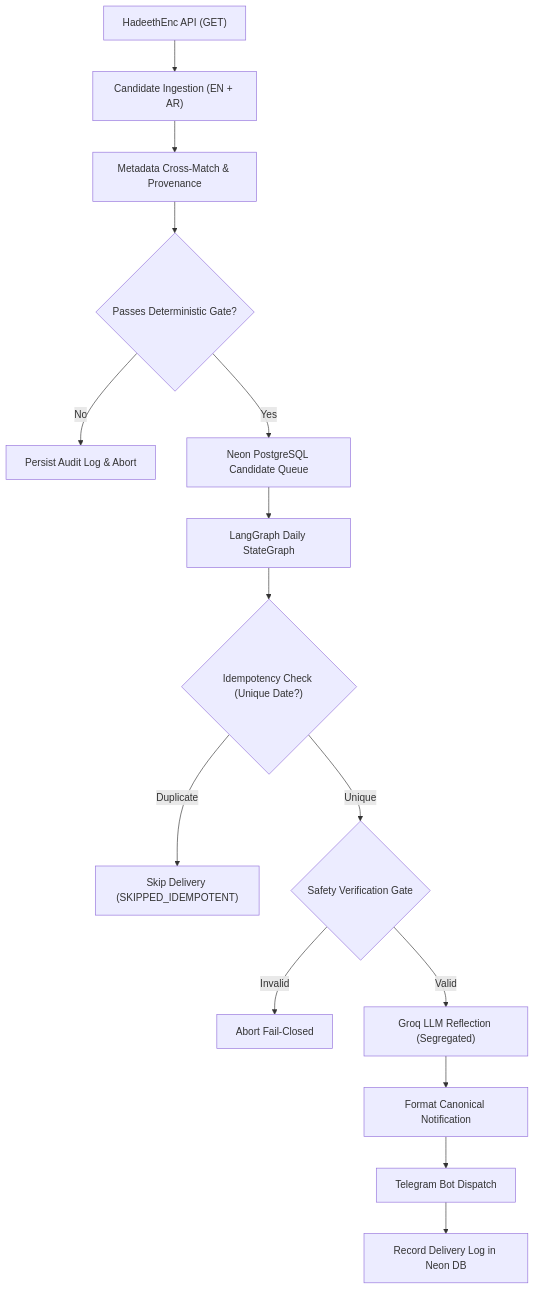
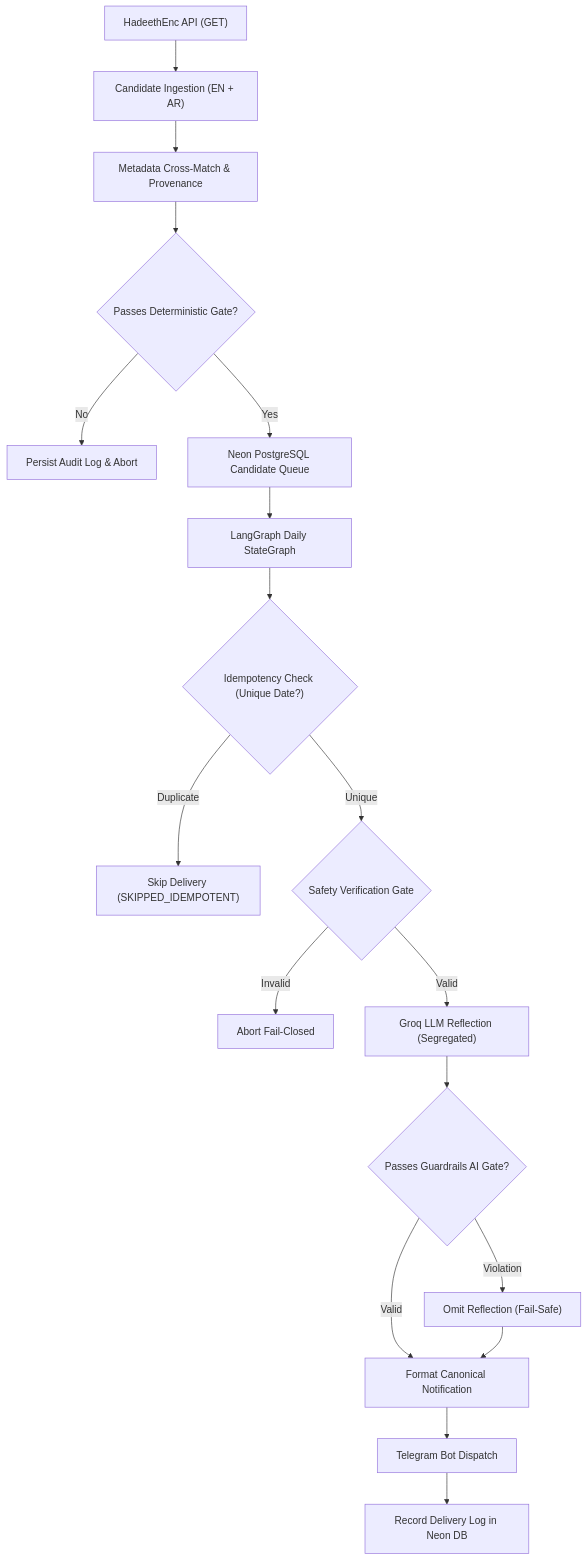
The diagram in README.md (Amankhan1009/daily-hadith-ai-agent), drawn with Mermaid before and after one commit. The commit also changed other lines of this file and 12 other files, not shown here.

Commit message:
feat(guardrails): add deterministic reflection validation engine and wire into LangGraph

````diff
--- a/README.md
+++ b/README.md
@@ -28,22 +28,25 @@
 ```mermaid
 flowchart TD
     API["HadeethEnc API (GET)"] --> Fetch["Candidate Ingestion (EN + AR)"]
     Fetch --> Match["Metadata Cross-Match & Provenance"]
     Match --> Gate{"Passes Deterministic Gate?"}
     
     Gate -- No --> Abort["Persist Audit Log & Abort"]
     Gate -- Yes --> DB["Neon PostgreSQL Candidate Queue"]
     
     DB --> LG["LangGraph Daily StateGraph"]
     LG --> Idemp{"Idempotency Check (Unique Date?)"}
     
     Idemp -- Duplicate --> Skip["Skip Delivery (SKIPPED_IDEMPOTENT)"]
     Idemp -- Unique --> SafeGate{"Safety Verification Gate"}
     
     SafeGate -- Invalid --> SafeAbort["Abort Fail-Closed"]
     SafeGate -- Valid --> LLM["Groq LLM Reflection (Segregated)"]
     
-    LLM --> Format["Format Canonical Notification"]
+    LLM --> Guard{"Passes Guardrails AI Gate?"}
+    Guard -- Violation --> Fallback["Omit Reflection (Fail-Safe)"]
+    Guard -- Valid --> Format["Format Canonical Notification"]
+    Fallback --> Format
     Format --> TG["Telegram Bot Dispatch"]
     TG --> Record["Record Delivery Log in Neon DB"]
 ```
````
